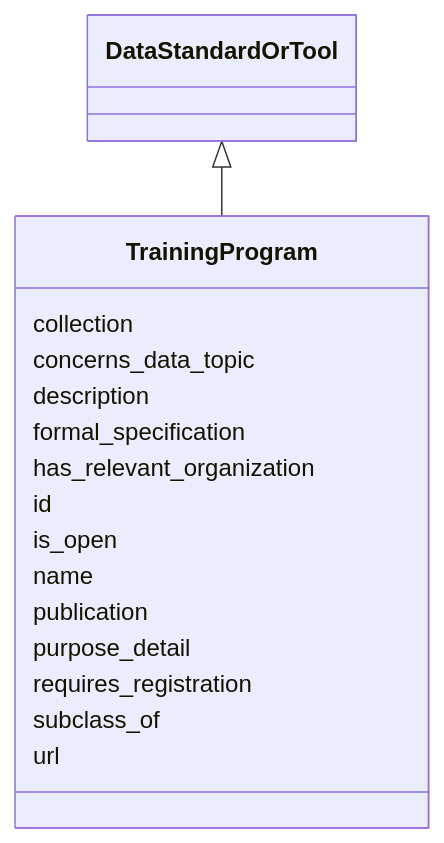
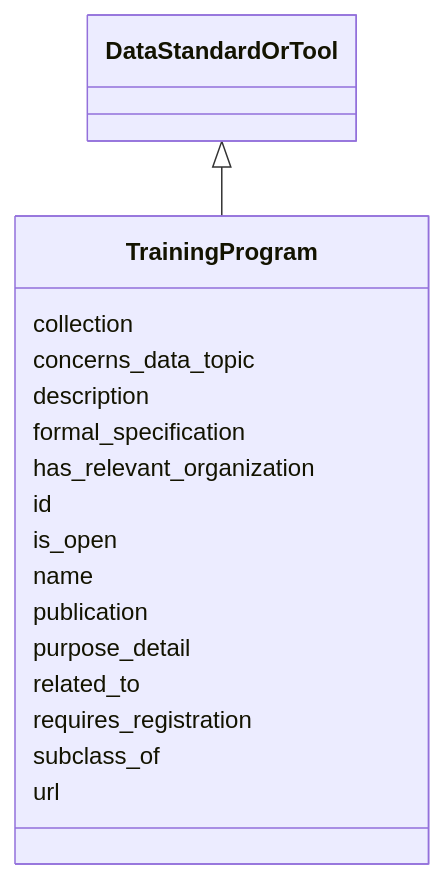
Before and after one commit to bridge2ai/standards-schemas: the diagram in docs/TrainingProgram.md, drawn with Mermaid. The commit also changed other lines of this file and 65 other files, not shown here.

````diff
--- a/docs/TrainingProgram.md
+++ b/docs/TrainingProgram.md
@@ -11,20 +11,21 @@
 ```mermaid
  classDiagram
     class TrainingProgram
       DataStandardOrTool <|-- TrainingProgram
       
       TrainingProgram : collection
       TrainingProgram : concerns_data_topic
       TrainingProgram : description
       TrainingProgram : formal_specification
       TrainingProgram : has_relevant_organization
       TrainingProgram : id
       TrainingProgram : is_open
       TrainingProgram : name
       TrainingProgram : publication
       TrainingProgram : purpose_detail
+      TrainingProgram : related_to
       TrainingProgram : requires_registration
       TrainingProgram : subclass_of
       TrainingProgram : url
       
 ```
````
